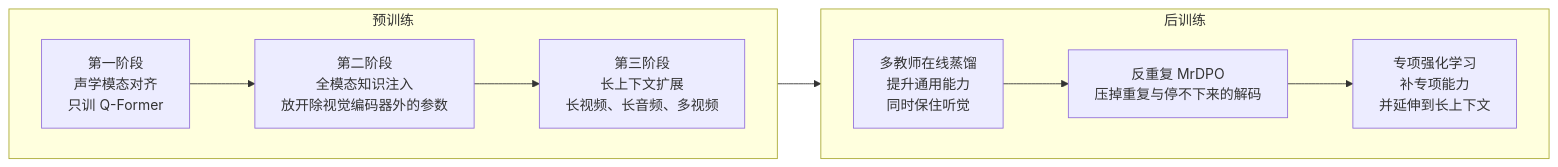
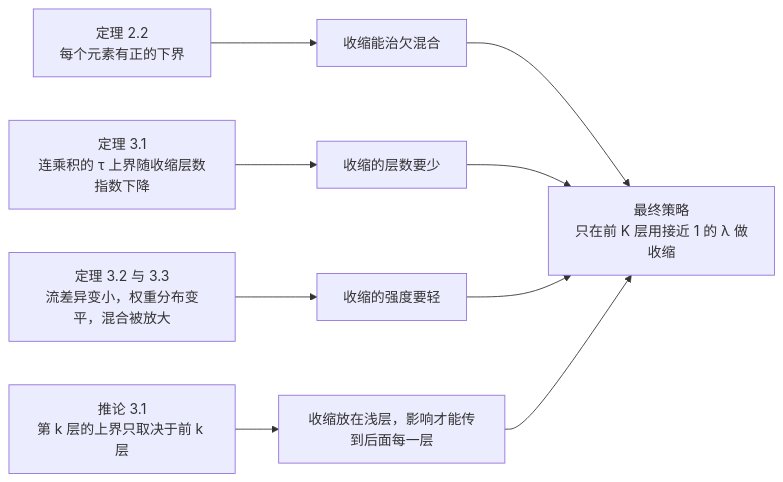
The third of 4 diagrams in docs/index.md (yingwang/paper-reads), drawn with Mermaid before and after one commit. The commit also changed other lines of this file and 2 other files, not shown here.

````diff
--- a/docs/index.md
+++ b/docs/index.md
@@ -167,12 +159,11 @@
 ```mermaid
 flowchart LR
-    subgraph P["预训练"]
-        direction LR
-        P1["第一阶段<br/>声学模态对齐<br/>只训 Q-Former"] --> P2["第二阶段<br/>全模态知识注入<br/>放开除视觉编码器外的参数"] --> P3["第三阶段<br/>长上下文扩展<br/>长视频、长音频、多视频"]
-    end
-    subgraph Q["后训练"]
-        direction LR
-        Q1["多教师在线蒸馏<br/>提升通用能力<br/>同时保住听觉"] --> Q2["反重复 MrDPO<br/>压掉重复与停不下来的解码"] --> Q3["专项强化学习<br/>补专项能力<br/>并延伸到长上下文"]
-    end
-    P --> Q
+    T1["定理 2.2<br/>每个元素有正的下界"] --> G1["收缩能治欠混合"]
+    T2["定理 3.1<br/>连乘积的 τ 上界随收缩层数指数下降"] --> G2["收缩的层数要少"]
+    T3["定理 3.2 与 3.3<br/>流差异变小，权重分布变平，混合被放大"] --> G3["收缩的强度要轻"]
+    T4["推论 3.1<br/>第 k 层的上界只取决于前 k 层"] --> G4["收缩放在浅层，影响才能传到后面每一层"]
+    G1 --> P["最终策略<br/>只在前 K 层用接近 1 的 λ 做收缩"]
+    G2 --> P
+    G3 --> P
+    G4 --> P
 ```
````
